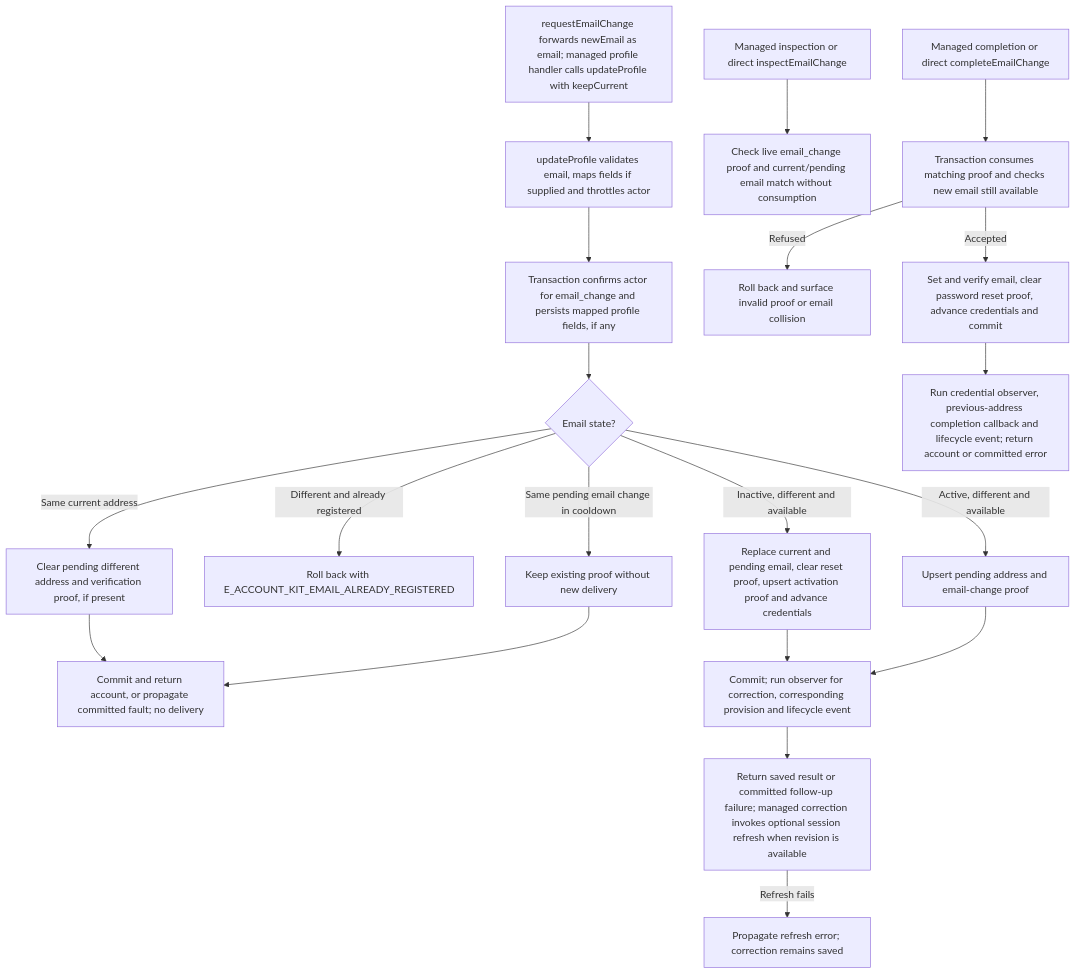
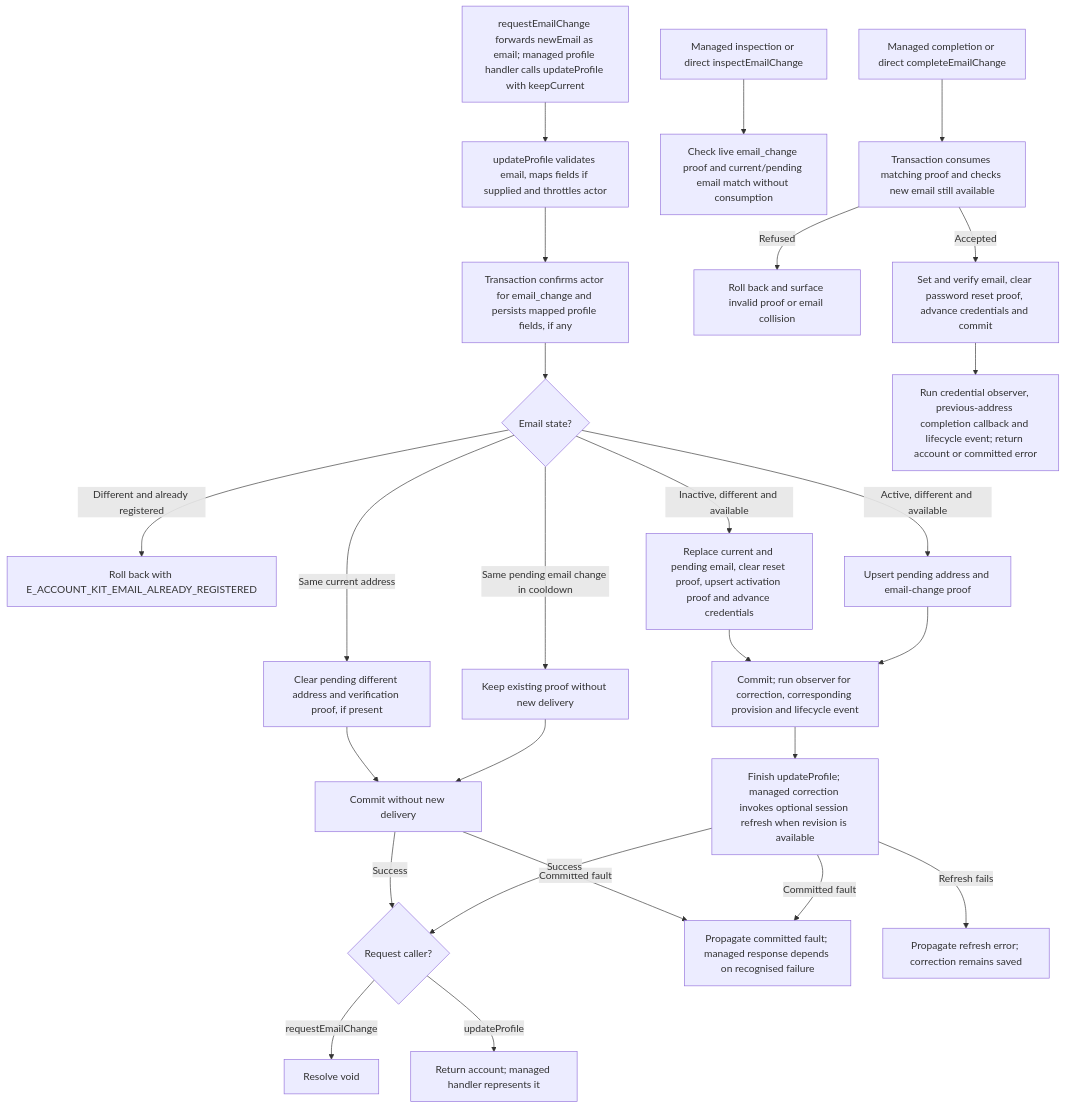
The second of 2 diagrams in user-stories/US-ACCOUNT-06-change-email.md (Kevinjohn/oss-adonisjs-account-kit), drawn with Mermaid before and after one commit. The commit also changed 3 other files, not shown here.

Commit message:
Correct source-backed user story flow details

````diff
--- a/user-stories/US-ACCOUNT-06-change-email.md
+++ b/user-stories/US-ACCOUNT-06-change-email.md
@@ -43,22 +43,28 @@
 ```mermaid
 flowchart TD
   A["requestEmailChange forwards newEmail as email; managed profile handler calls updateProfile with keepCurrent"] --> B["updateProfile validates email, maps fields if supplied and throttles actor"]
   B --> C["Transaction confirms actor for email_change and persists mapped profile fields, if any"]
   C --> I{"Email state?"}
   I -->|Same current address| J["Clear pending different address and verification proof, if present"]
   I -->|Different and already registered| X["Roll back with E_ACCOUNT_KIT_EMAIL_ALREADY_REGISTERED"]
   I -->|Same pending email change in cooldown| K["Keep existing proof without new delivery"]
-  J --> J0["Commit and return account, or propagate committed fault; no delivery"]
+  J --> J0["Commit without new delivery"]
   K --> J0
+  J0 -->|Success| Y{"Request caller?"}
+  J0 -->|Committed fault| CF["Propagate committed fault; managed response depends on recognised failure"]
   I -->|Inactive, different and available| L["Replace current and pending email, clear reset proof, upsert activation proof and advance credentials"]
   I -->|Active, different and available| M["Upsert pending address and email-change proof"]
   L --> D["Commit; run observer for correction, corresponding provision and lifecycle event"]
   M --> D
-  D --> Z["Return saved result or committed follow-up failure; managed correction invokes optional session refresh when revision is available"]
+  D --> Z["Finish updateProfile; managed correction invokes optional session refresh when revision is available"]
+  Z -->|Success| Y
+  Z -->|Committed fault| CF
   Z -->|Refresh fails| R["Propagate refresh error; correction remains saved"]
+  Y -->|requestEmailChange| VR["Resolve void"]
+  Y -->|updateProfile| VA["Return account; managed handler represents it"]
   Q["Managed inspection or direct inspectEmailChange"] --> T["Check live email_change proof and current/pending email match without consumption"]
   E["Managed completion or direct completeEmailChange"] --> F["Transaction consumes matching proof and checks new email still available"]
   F -->|Refused| X2["Roll back and surface invalid proof or email collision"]
   F -->|Accepted| G["Set and verify email, clear password reset proof, advance credentials and commit"]
   G --> O["Run credential observer, previous-address completion callback and lifecycle event; return account or committed error"]
 ```
````
